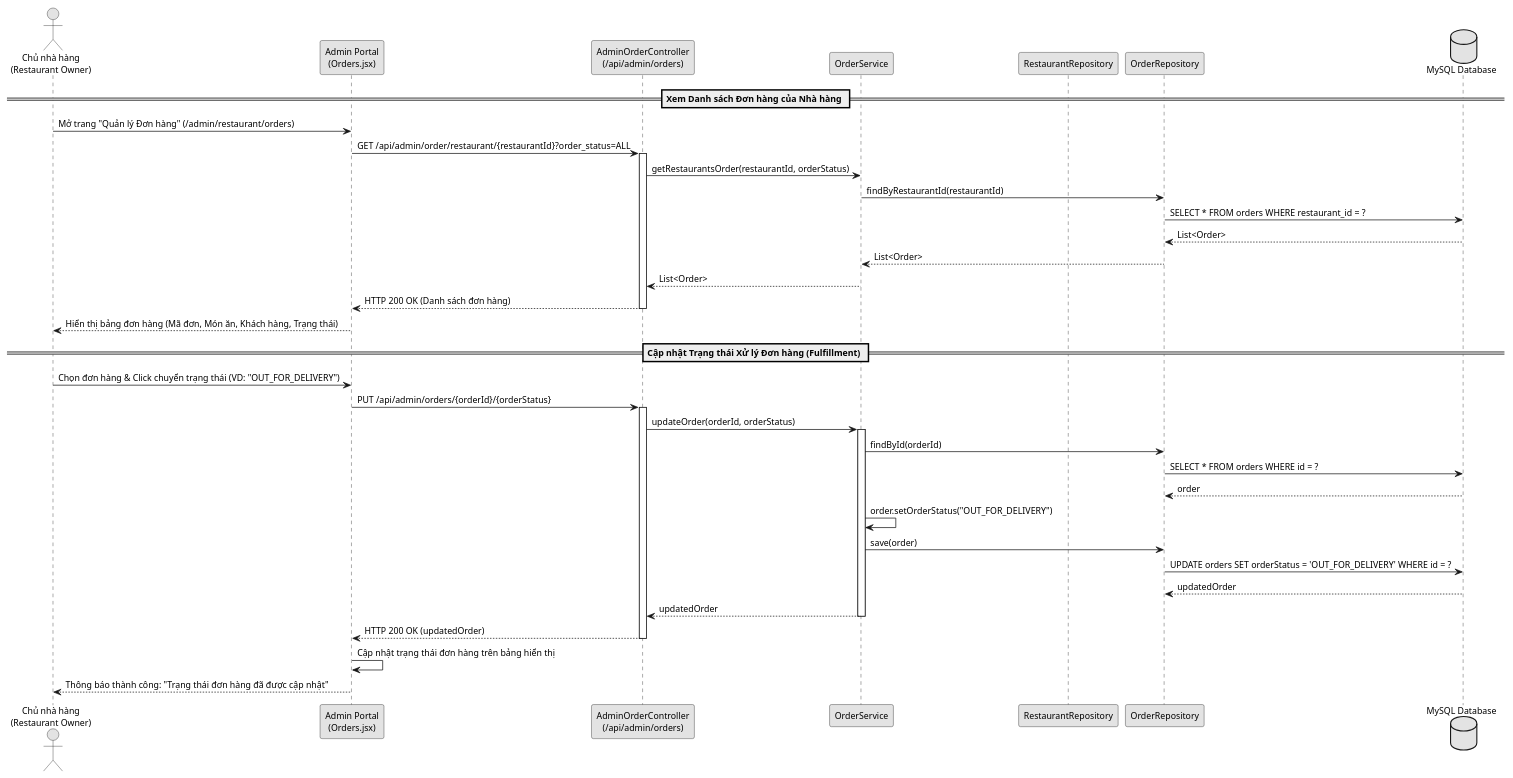
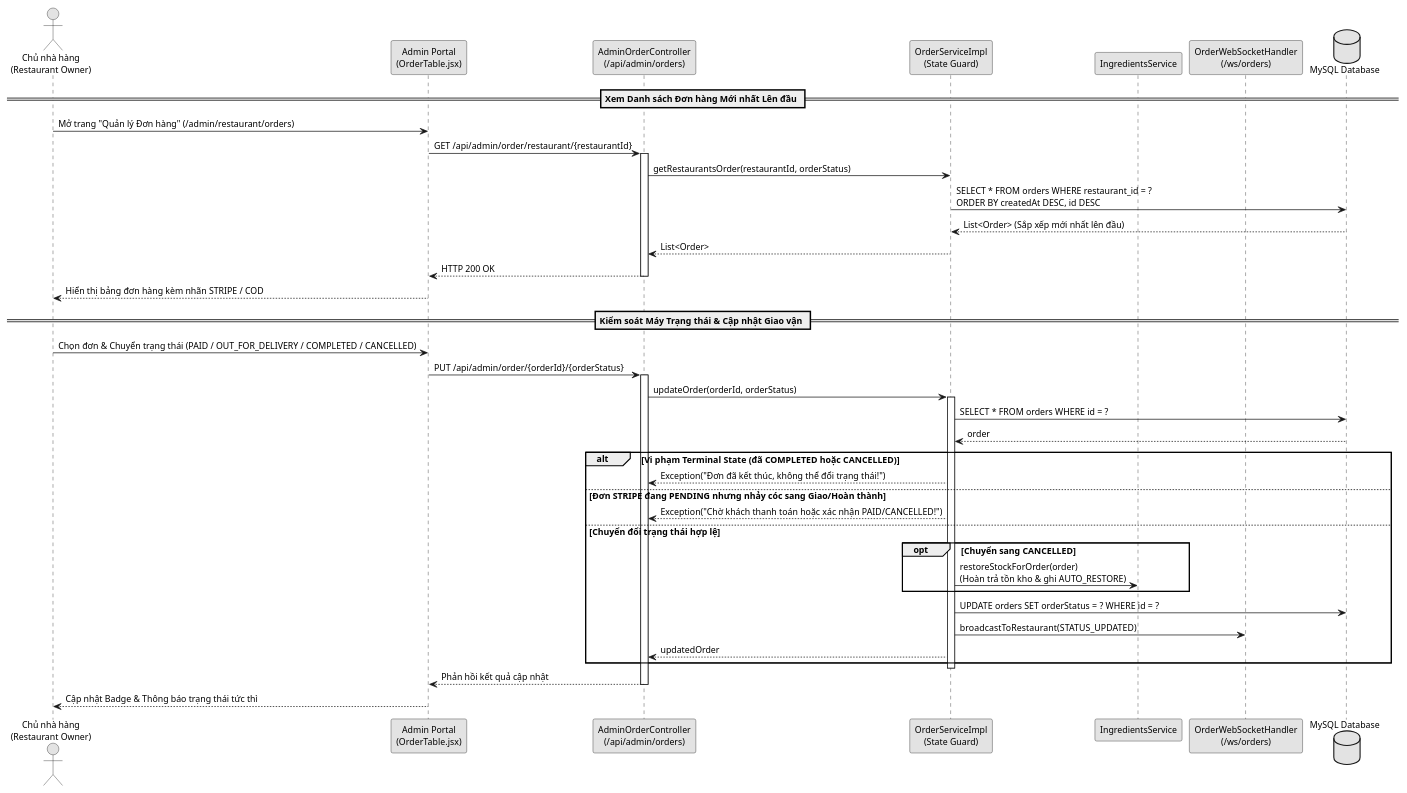
Before and after one commit to lequocanh1401/Online-Food-Ordering: the diagram in uet-graduation-thesis/figures/fig_sequence_order_status.puml, drawn with PlantUML. The commit also changed 22 other files, not shown here.

Commit message:
docs(thesis): dong bo toan bo bao cao, so do UML/ERD va anh chup giao dien thuc te voi phien ban he thong moi nhat

```diff
--- a/uet-graduation-thesis/figures/fig_sequence_order_status.puml
+++ b/uet-graduation-thesis/figures/fig_sequence_order_status.puml
@@ -1,55 +1,52 @@
 @startuml
 skinparam monochrome true
 skinparam shadowing false
 skinparam defaultFontName "Segoe UI"
 skinparam DefaultFontSize 12
 
 actor "Chủ nhà hàng\n(Restaurant Owner)" as owner
-participant "Admin Portal\n(Orders.jsx)" as adminUI
+participant "Admin Portal\n(OrderTable.jsx)" as adminUI
 participant "AdminOrderController\n(/api/admin/orders)" as adminOrderCtrl
-participant "OrderService" as orderSvc
-participant "RestaurantRepository" as restRepo
-participant "OrderRepository" as orderRepo
+participant "OrderServiceImpl\n(State Guard)" as orderSvc
+participant "IngredientsService" as ingSvc
+participant "OrderWebSocketHandler\n(/ws/orders)" as wsHandler
 database "MySQL Database" as db
 
-== Xem Danh sách Đơn hàng của Nhà hàng ==
+== Xem Danh sách Đơn hàng Mới nhất Lên đầu ==
 owner -> adminUI : Mở trang "Quản lý Đơn hàng" (/admin/restaurant/orders)
-adminUI -> adminOrderCtrl : GET /api/admin/order/restaurant/{restaurantId}?order_status=ALL
+adminUI -> adminOrderCtrl : GET /api/admin/order/restaurant/{restaurantId}
 activate adminOrderCtrl
+adminOrderCtrl -> orderSvc : getRestaurantsOrder(restaurantId, orderStatus)
+orderSvc -> db : SELECT * FROM orders WHERE restaurant_id = ?\nORDER BY createdAt DESC, id DESC
+db --> orderSvc : List<Order> (Sắp xếp mới nhất lên đầu)
+orderSvc --> adminOrderCtrl : List<Order>
+adminOrderCtrl --> adminUI : HTTP 200 OK
+deactivate adminOrderCtrl
+adminUI --> owner : Hiển thị bảng đơn hàng kèm nhãn STRIPE / COD
 
-adminOrderCtrl -> orderSvc : getRestaurantsOrder(restaurantId, orderStatus)
-orderSvc -> orderRepo : findByRestaurantId(restaurantId)
-orderRepo -> db : SELECT * FROM orders WHERE restaurant_id = ?
-db --> orderRepo : List<Order>
-orderRepo --> orderSvc : List<Order>
-orderSvc --> adminOrderCtrl : List<Order>
-adminOrderCtrl --> adminUI : HTTP 200 OK (Danh sách đơn hàng)
-deactivate adminOrderCtrl
-adminUI --> owner : Hiển thị bảng đơn hàng (Mã đơn, Món ăn, Khách hàng, Trạng thái)
-
-== Cập nhật Trạng thái Xử lý Đơn hàng (Fulfillment) ==
-owner -> adminUI : Chọn đơn hàng & Click chuyển trạng thái (VD: "OUT_FOR_DELIVERY")
-adminUI -> adminOrderCtrl : PUT /api/admin/orders/{orderId}/{orderStatus}
+== Kiểm soát Máy Trạng thái & Cập nhật Giao vận ==
+owner -> adminUI : Chọn đơn & Chuyển trạng thái (PAID / OUT_FOR_DELIVERY / COMPLETED / CANCELLED)
+adminUI -> adminOrderCtrl : PUT /api/admin/order/{orderId}/{orderStatus}
 activate adminOrderCtrl
-
 adminOrderCtrl -> orderSvc : updateOrder(orderId, orderStatus)
 activate orderSvc
+orderSvc -> db : SELECT * FROM orders WHERE id = ?
+db --> orderSvc : order
 
-orderSvc -> orderRepo : findById(orderId)
-orderRepo -> db : SELECT * FROM orders WHERE id = ?
-db --> orderRepo : order
-
-orderSvc -> orderSvc : order.setOrderStatus("OUT_FOR_DELIVERY")
-orderSvc -> orderRepo : save(order)
-orderRepo -> db : UPDATE orders SET orderStatus = 'OUT_FOR_DELIVERY' WHERE id = ?
-db --> orderRepo : updatedOrder
-
-orderSvc --> adminOrderCtrl : updatedOrder
+alt Vi phạm Terminal State (đã COMPLETED hoặc CANCELLED)
+    orderSvc --> adminOrderCtrl : Exception("Đơn đã kết thúc, không thể đổi trạng thái!")
+else Đơn STRIPE đang PENDING nhưng nhảy cóc sang Giao/Hoàn thành
+    orderSvc --> adminOrderCtrl : Exception("Chờ khách thanh toán hoặc xác nhận PAID/CANCELLED!")
+else Chuyển đổi trạng thái hợp lệ
+    opt Chuyển sang CANCELLED
+        orderSvc -> ingSvc : restoreStockForOrder(order)\n(Hoàn trả tồn kho & ghi AUTO_RESTORE)
+    end
+    orderSvc -> db : UPDATE orders SET orderStatus = ? WHERE id = ?
+    orderSvc -> wsHandler : broadcastToRestaurant(STATUS_UPDATED)
+    orderSvc --> adminOrderCtrl : updatedOrder
+end
 deactivate orderSvc
-
-adminOrderCtrl --> adminUI : HTTP 200 OK (updatedOrder)
+adminOrderCtrl --> adminUI : Phản hồi kết quả cập nhật
 deactivate adminOrderCtrl
-
-adminUI -> adminUI : Cập nhật trạng thái đơn hàng trên bảng hiển thị
-adminUI --> owner : Thông báo thành công: "Trạng thái đơn hàng đã được cập nhật"
+adminUI --> owner : Cập nhật Badge & Thông báo trạng thái tức thì
 @enduml
```
